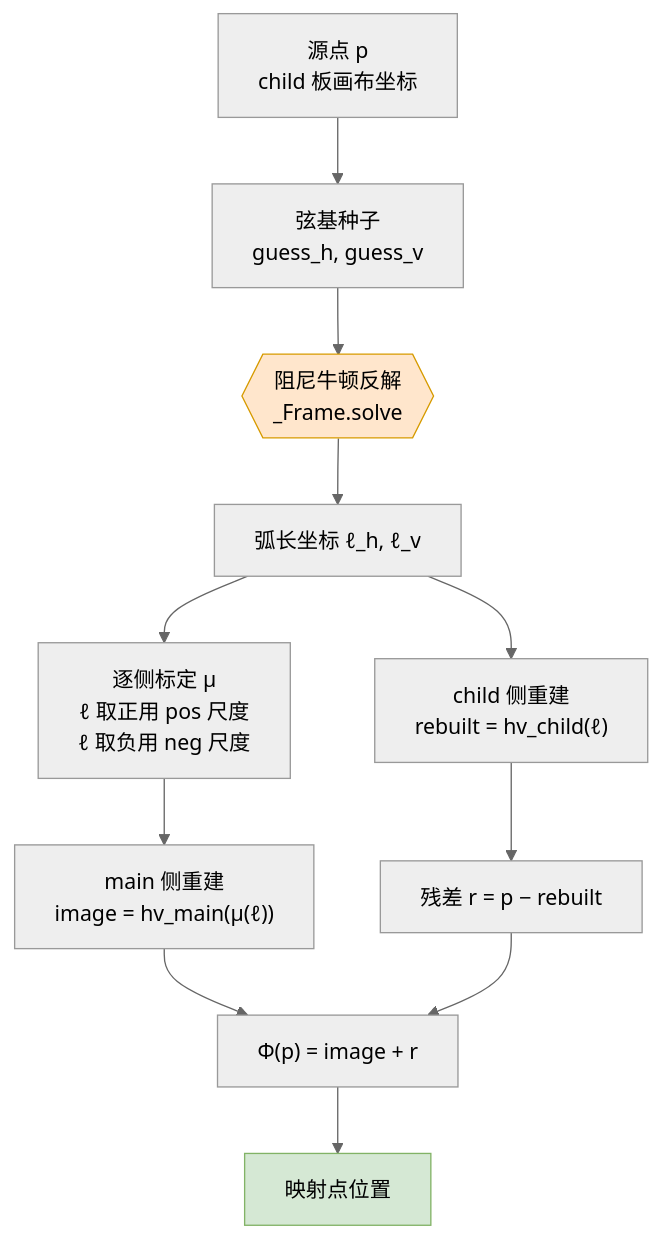
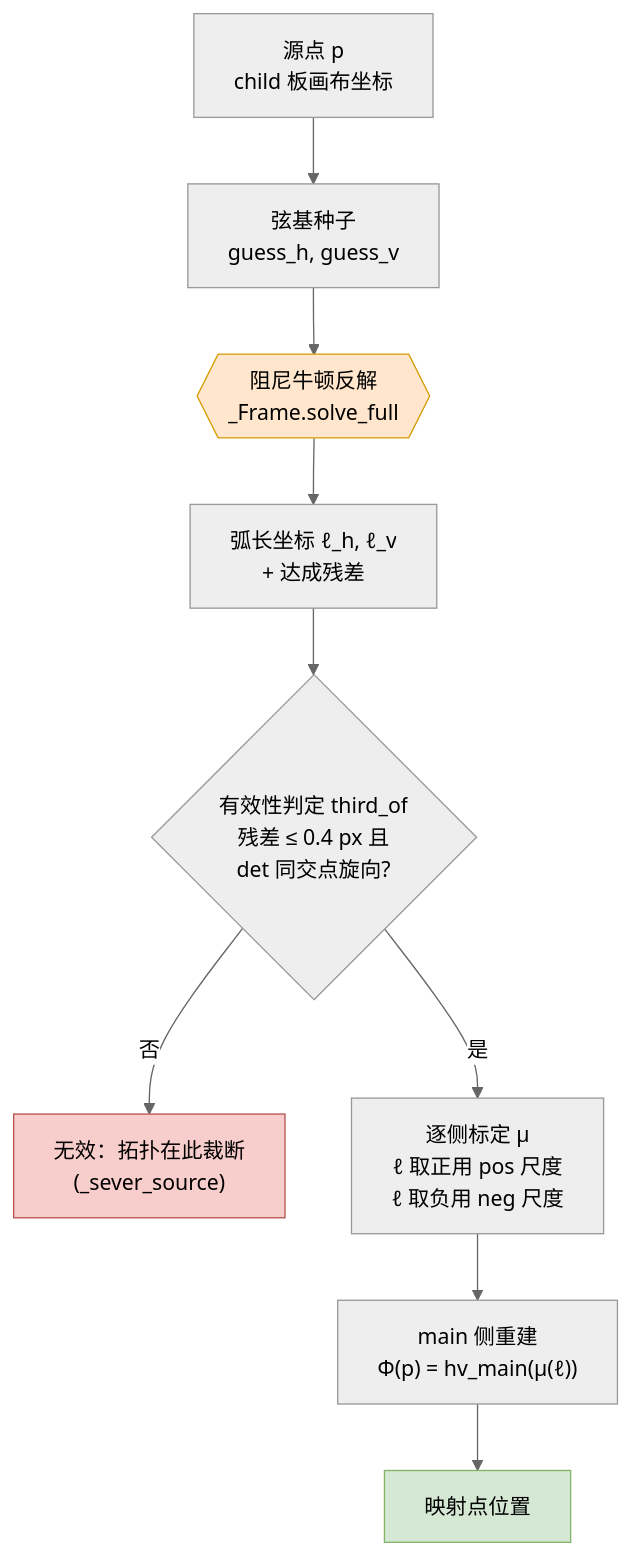
The first of 4 diagrams in docs/point_mapping_newton.md (Nice9Tian/AnimeAn), drawn with Mermaid (neutral theme) before and after one commit. The commit also changed other lines of this file and 4 other files, not shown here.

````diff
--- a/docs/point_mapping_newton.md
+++ b/docs/point_mapping_newton.md
@@ -45,16 +52,15 @@
 ```mermaid
 flowchart TD
     A["源点 p<br/>child 板画布坐标"] --> B["弦基种子<br/>guess_h, guess_v"]
-    B --> C{{"阻尼牛顿反解<br/>_Frame.solve"}}
-    C --> D["弧长坐标 ℓ_h, ℓ_v"]
-    D --> E["child 侧重建<br/>rebuilt = hv_child(ℓ)"]
-    D --> F["逐侧标定 μ<br/>ℓ 取正用 pos 尺度<br/>ℓ 取负用 neg 尺度"]
-    F --> G["main 侧重建<br/>image = hv_main(μ(ℓ))"]
-    E --> H["残差 r = p − rebuilt"]
-    G --> I["Φ(p) = image + r"]
-    H --> I
-    I --> J["映射点位置"]
+    B --> C{{"阻尼牛顿反解<br/>_Frame.solve_full"}}
+    C --> D["弧长坐标 ℓ_h, ℓ_v<br/>+ 达成残差"]
+    D --> K{"有效性判定 third_of<br/>残差 ≤ 0.4 px 且<br/>det 同交点旋向?"}
+    K -- 否 --> X["无效：拓扑在此裁断<br/>(_sever_source)"]
+    K -- 是 --> F["逐侧标定 μ<br/>ℓ 取正用 pos 尺度<br/>ℓ 取负用 neg 尺度"]
+    F --> G["main 侧重建<br/>Φ(p) = hv_main(μ(ℓ))"]
+    G --> J["映射点位置"]
 
     style C fill:#ffe6cc,stroke:#d79b00
+    style X fill:#f8cecc,stroke:#b85450
     style J fill:#d5e8d4,stroke:#82b366
 ```
````
